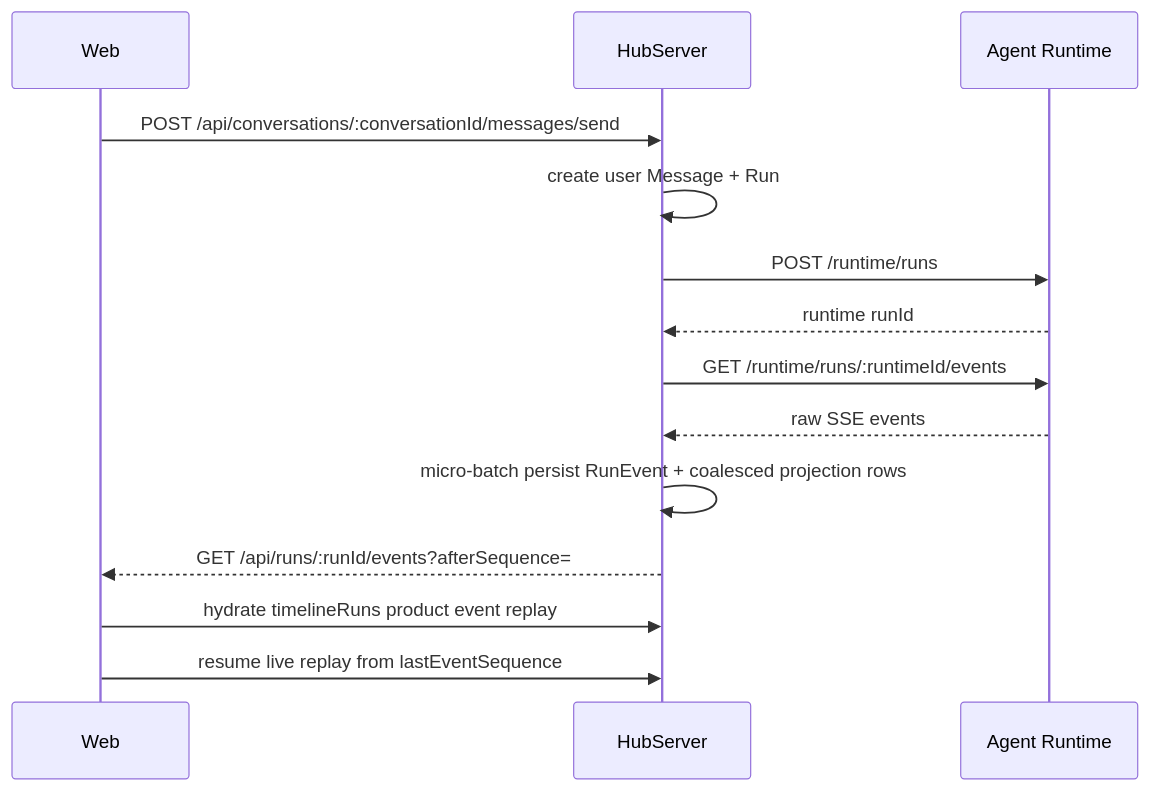
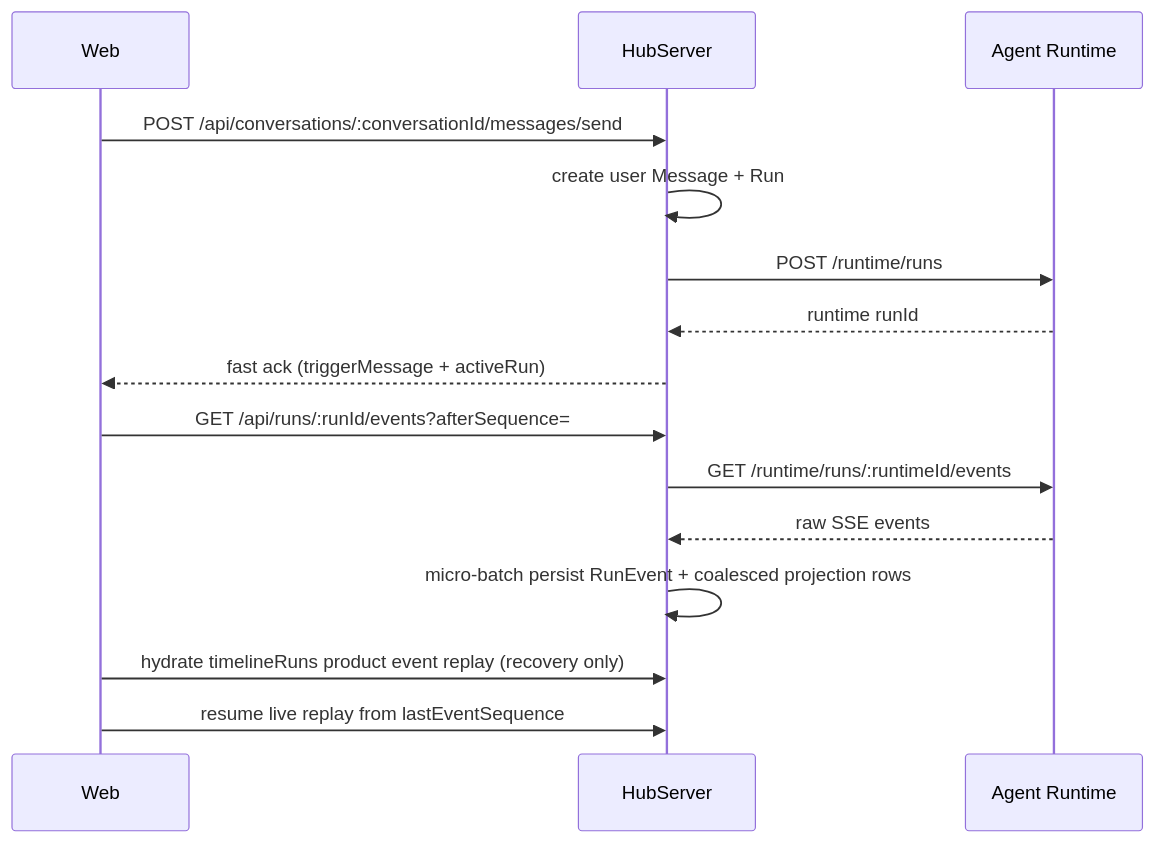
One commit to GuqierMcl/AgentHub changed the diagram in docs/architecture/RUN_PERSISTENCE_AND_STREAMING.md. Above: the diagram before and after it, drawn with Mermaid. The commit also changed other lines of this file and 21 other files, not shown here.

````diff
--- a/docs/architecture/RUN_PERSISTENCE_AND_STREAMING.md
+++ b/docs/architecture/RUN_PERSISTENCE_AND_STREAMING.md
@@ -7,17 +7,18 @@
 ```mermaid
 sequenceDiagram
   participant Web
   participant Hub as HubServer
   participant Run as Agent Runtime
 
   Web->>Hub: POST /api/conversations/:conversationId/messages/send
   Hub->>Hub: create user Message + Run
   Hub->>Run: POST /runtime/runs
   Run-->>Hub: runtime runId
+  Hub-->>Web: fast ack (triggerMessage + activeRun)
+  Web->>Hub: GET /api/runs/:runId/events?afterSequence=
   Hub->>Run: GET /runtime/runs/:runtimeId/events
   Run-->>Hub: raw SSE events
   Hub->>Hub: micro-batch persist RunEvent + coalesced projection rows
-  Hub-->>Web: GET /api/runs/:runId/events?afterSequence=
-  Web->>Hub: hydrate timelineRuns product event replay
+  Web->>Hub: hydrate timelineRuns product event replay (recovery only)
   Web->>Hub: resume live replay from lastEventSequence
 ```
````
